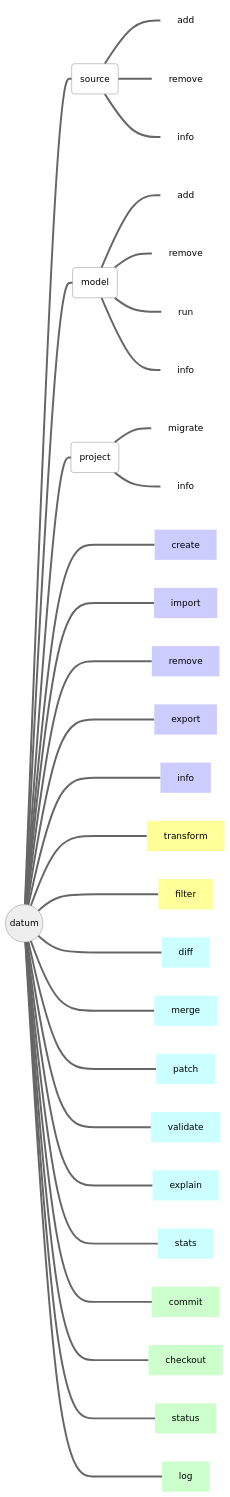
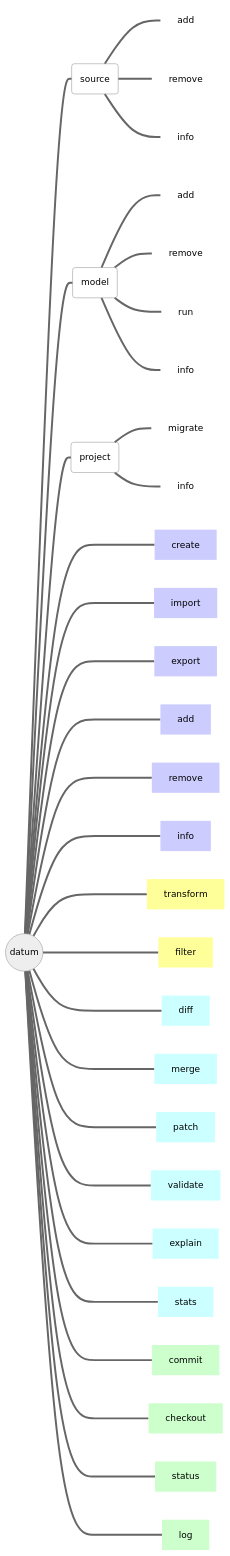
One commit to openvinotoolkit/datumaro changed the diagram in site/content/en/docs/user-manual/command-reference/_index.md. Above: the diagram before and after it, drawn with Mermaid. The commit also changed 3 other files, not shown here.

````diff
--- a/site/content/en/docs/user-manual/command-reference/_index.md
+++ b/site/content/en/docs/user-manual/command-reference/_index.md
@@ -10,45 +10,46 @@
 ```mermaid
 %%{init { 'theme':'neutral' }}%%
 flowchart LR
   d(("#0009; datum #0009;")):::mainclass
   s(source):::nofillclass
   m(model):::nofillclass
   p(project):::nofillclass
 
   d===s
     s===id1[add]:::hideclass
     s===id2[remove]:::hideclass
     s===id3[info]:::hideclass
   d===m
     m===id4[add]:::hideclass
     m===id5[remove]:::hideclass
     m===id6[run]:::hideclass
     m===id7[info]:::hideclass
   d===p
     p===migrate:::hideclass
     p===info:::hideclass
   d====str1[create]:::filloneclass
   d====str2[import]:::filloneclass
-  d====str3[remove]:::filloneclass
-  d====str4[export]:::filloneclass
-  d====str5[info]:::filloneclass
-  d====str6[transform]:::filltwoclass
-  d====str7[filter]:::filltwoclass
-  d====str8[diff]:::fillthreeclass
-  d====str9[merge]:::fillthreeclass
-  d====str10[patch]:::fillthreeclass
-  d====str11[validate]:::fillthreeclass
-  d====str12[explain]:::fillthreeclass
-  d====str13[stats]:::fillthreeclass
-  d====str14[commit]:::fillfourclass
-  d====str15[checkout]:::fillfourclass
-  d====str16[status]:::fillfourclass
-  d====str17[log]:::fillfourclass
+  d====str3[export]:::filloneclass
+  d====str4[add]:::filloneclass
+  d====str5[remove]:::filloneclass
+  d====str6[info]:::filloneclass
+  d====str7[transform]:::filltwoclass
+  d====str8[filter]:::filltwoclass
+  d====str9[diff]:::fillthreeclass
+  d====str10[merge]:::fillthreeclass
+  d====str11[patch]:::fillthreeclass
+  d====str12[validate]:::fillthreeclass
+  d====str13[explain]:::fillthreeclass
+  d====str14[stats]:::fillthreeclass
+  d====str15[commit]:::fillfourclass
+  d====str16[checkout]:::fillfourclass
+  d====str17[status]:::fillfourclass
+  d====str18[log]:::fillfourclass
 
   classDef nofillclass fill-opacity:0;
   classDef hideclass fill-opacity:0,stroke-opacity:0;
   classDef filloneclass fill:#CCCCFF,stroke-opacity:0;
   classDef filltwoclass fill:#FFFF99,stroke-opacity:0;
   classDef fillthreeclass fill:#CCFFFF,stroke-opacity:0;
   classDef fillfourclass fill:#CCFFCC,stroke-opacity:0;
 ```
````
